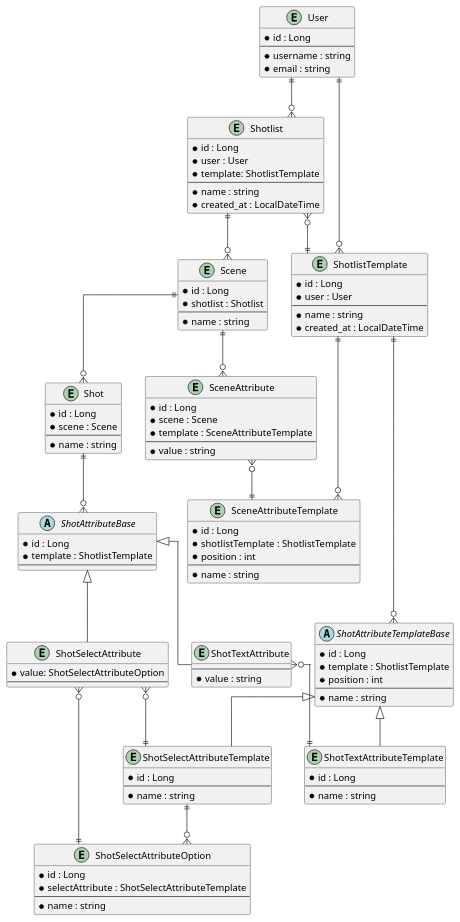
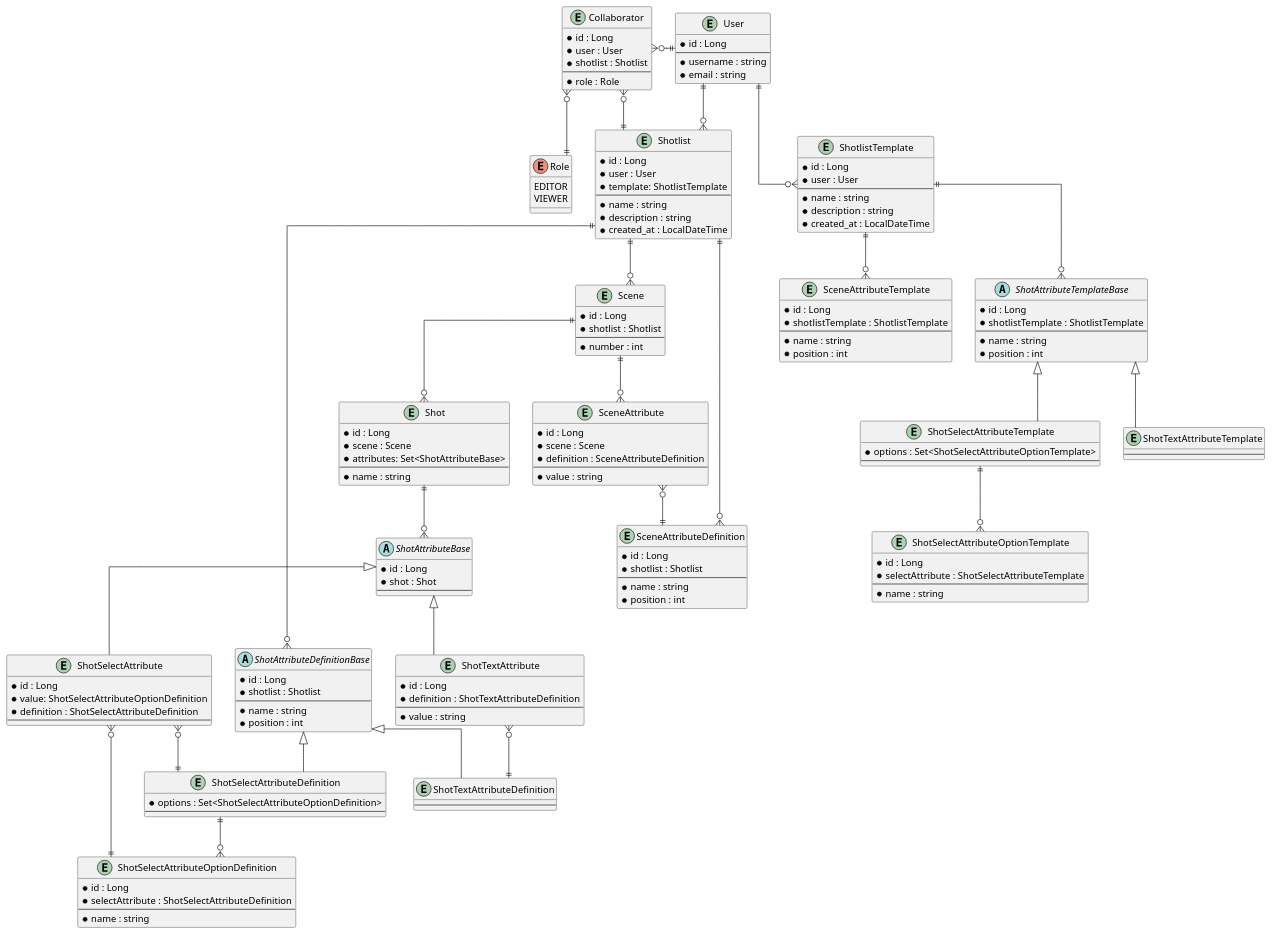
Before and after one commit to YanikKendler/shotlist-tool: the diagram in ERD.puml, drawn with PlantUML.

```diff
--- a/ERD.puml
+++ b/ERD.puml
@@ -14,113 +14,167 @@
   * template: ShotlistTemplate
   --
   * name : string
+  * description : string
   * created_at : LocalDateTime
 }
 
 User ||--o{ Shotlist
+
+/'
+    TEMPLATE
+'/
 
 entity ShotlistTemplate {
     * id : Long
     * user : User
     --
     * name : string
+    * description : string
     * created_at : LocalDateTime
 }
 
 User ||--o{ ShotlistTemplate
-Shotlist }o--|| ShotlistTemplate
 
 abstract ShotAttributeTemplateBase {
     * id : Long
-    * template : ShotlistTemplate
-    * position : int
+    * shotlistTemplate : ShotlistTemplate
     --
     * name : string
+    * position : int
 }
 
 ShotlistTemplate ||--o{ ShotAttributeTemplateBase
 
 entity ShotSelectAttributeTemplate {
-    * id : Long
+    * options : Set<ShotSelectAttributeOptionTemplate>
     --
-    * name : string
 }
 
-entity ShotSelectAttributeOption {
+entity ShotSelectAttributeOptionTemplate {
     * id : Long
     * selectAttribute : ShotSelectAttributeTemplate
     --
     * name : string
 }
 
-ShotSelectAttributeTemplate ||--o{ ShotSelectAttributeOption
+ShotSelectAttributeTemplate ||--o{ ShotSelectAttributeOptionTemplate
 
 entity ShotTextAttributeTemplate {
-    * id : Long
     --
-    * name : string
 }
 
 ShotAttributeTemplateBase <|-down- ShotSelectAttributeTemplate
 ShotAttributeTemplateBase <|-down- ShotTextAttributeTemplate
 
+entity SceneAttributeTemplate {
+    * id : Long
+    * shotlistTemplate : ShotlistTemplate
+    --
+    * name : string
+    * position : int
+}
+
+ShotlistTemplate ||--o{ SceneAttributeTemplate
+
+/'
+    DEFINITIONS
+'/
+
+abstract ShotAttributeDefinitionBase {
+    * id : Long
+    * shotlist : Shotlist
+    --
+    * name : string
+    * position : int
+}
+
+Shotlist ||--o{ ShotAttributeDefinitionBase
+
+entity ShotSelectAttributeDefinition {
+    * options : Set<ShotSelectAttributeOptionDefinition>
+    --
+}
+
+entity ShotSelectAttributeOptionDefinition {
+    * id : Long
+    * selectAttribute : ShotSelectAttributeDefinition
+    --
+    * name : string
+}
+
+ShotSelectAttributeDefinition ||--o{ ShotSelectAttributeOptionDefinition
+
+entity ShotTextAttributeDefinition {
+    --
+}
+
+ShotAttributeDefinitionBase <|-down- ShotSelectAttributeDefinition
+ShotAttributeDefinitionBase <|-down- ShotTextAttributeDefinition
+
+entity SceneAttributeDefinition {
+    * id : Long
+    * shotlist : Shotlist
+    --
+    * name : string
+    * position : int
+}
+
+Shotlist ||--o{ SceneAttributeDefinition
+
+/'
+    SCENES ANS SHOTS
+'/
+
 abstract ShotAttributeBase {
     * id : Long
-    * template : ShotlistTemplate
+    * shot : Shot
     --
 }
 
 entity ShotSelectAttribute {
-    * value: ShotSelectAttributeOption
+    * id : Long
+    * value: ShotSelectAttributeOptionDefinition
+    * definition : ShotSelectAttributeDefinition
     --
 }
 
+ShotSelectAttribute }o--|| ShotSelectAttributeOptionDefinition
+ShotSelectAttribute }o--|| ShotSelectAttributeDefinition
+
 entity ShotTextAttribute {
+    * id : Long
+    * definition : ShotTextAttributeDefinition
     --
     * value : string
 }
 
+ShotTextAttribute }o--|| ShotTextAttributeDefinition
+
 ShotAttributeBase <|-down- ShotSelectAttribute
 ShotAttributeBase <|-down- ShotTextAttribute
-
-ShotSelectAttribute }o--|| ShotSelectAttributeTemplate
-ShotSelectAttribute }o--|| ShotSelectAttributeOption
-ShotTextAttribute }o--|| ShotTextAttributeTemplate
-
-
-entity SceneAttributeTemplate {
-    * id : Long
-    * shotlistTemplate : ShotlistTemplate
-    * position : int
-    --
-    * name : string
-}
-
 
 entity Scene {
     * id : Long
     * shotlist : Shotlist
     --
-    * name : string
+    * number : int
 }
-
-ShotlistTemplate ||--o{ SceneAttributeTemplate
 
 entity SceneAttribute {
     * id : Long
     * scene : Scene
-    * template : SceneAttributeTemplate
+    * definition : SceneAttributeDefinition
     --
     * value : string
 }
 
 Scene ||--o{ SceneAttribute
-
-SceneAttribute }o--|| SceneAttributeTemplate
+SceneAttribute }o--|| SceneAttributeDefinition
 
 entity Shot {
     * id : Long
     * scene : Scene
+    * attributes: Set<ShotAttributeBase>
     --
     * name : string
 }
@@ -130,4 +184,25 @@
 Shot ||--o{ ShotAttributeBase
 Shotlist ||--o{ Scene
 
+/'
+    SHARED USERS
+'/
+
+entity Collaborator {
+    * id : Long
+    * user : User
+    * shotlist : Shotlist
+    --
+    * role : Role
+}
+
+enum Role {
+  EDITOR
+  VIEWER
+}
+
+Collaborator }o--|| Role
+Collaborator }o--|| Shotlist
+Collaborator }o-right-|| User
+
 @enduml
```
